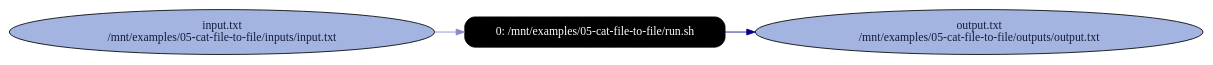
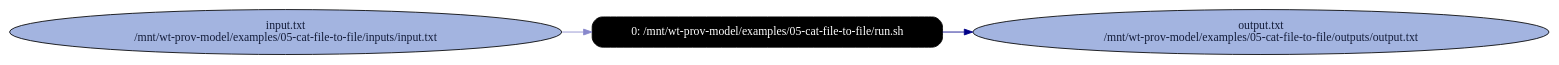
One commit to CIRSS/cpr changed the diagram in examples/05-cat-file-to-file/graphs/rpz_A_run_with_input_and_output_files.dot. Above: the diagram before and after it, drawn with Graphviz. The commit also changed 106 other files, not shown here.

```diff
--- a/examples/05-cat-file-to-file/graphs/rpz_A_run_with_input_and_output_files.dot
+++ b/examples/05-cat-file-to-file/graphs/rpz_A_run_with_input_and_output_files.dot
@@ -1,16 +1,16 @@
 digraph G {
     rankdir=LR;
 
     /* programs */
     node [shape=box fontcolor=white fillcolor=black style="filled,rounded"];
-    run0 [label="0: /mnt/examples/05-cat-file-to-file/run.sh"];
+    run0 [label="0: /mnt/wt-prov-model/examples/05-cat-file-to-file/run.sh"];
 
     node [shape=ellipse fontcolor="#131C39" fillcolor="#C9D2ED"];
 
     /* other files */
-    "/mnt/examples/05-cat-file-to-file/inputs/input.txt" [fillcolor="#A3B4E0", label="input.txt\n/mnt/examples/05-cat-file-to-file/inputs/input.txt"];
-    "/mnt/examples/05-cat-file-to-file/outputs/output.txt" [fillcolor="#A3B4E0", label="output.txt\n/mnt/examples/05-cat-file-to-file/outputs/output.txt"];
+    "/mnt/wt-prov-model/examples/05-cat-file-to-file/inputs/input.txt" [fillcolor="#A3B4E0", label="input.txt\n/mnt/wt-prov-model/examples/05-cat-file-to-file/inputs/input.txt"];
+    "/mnt/wt-prov-model/examples/05-cat-file-to-file/outputs/output.txt" [fillcolor="#A3B4E0", label="output.txt\n/mnt/wt-prov-model/examples/05-cat-file-to-file/outputs/output.txt"];
 
-    run0 -> "/mnt/examples/05-cat-file-to-file/outputs/output.txt" [color="#000088"];
-    "/mnt/examples/05-cat-file-to-file/inputs/input.txt" -> run0 [color="#8888CC"];
+    run0 -> "/mnt/wt-prov-model/examples/05-cat-file-to-file/outputs/output.txt" [color="#000088"];
+    "/mnt/wt-prov-model/examples/05-cat-file-to-file/inputs/input.txt" -> run0 [color="#8888CC"];
 }
```
